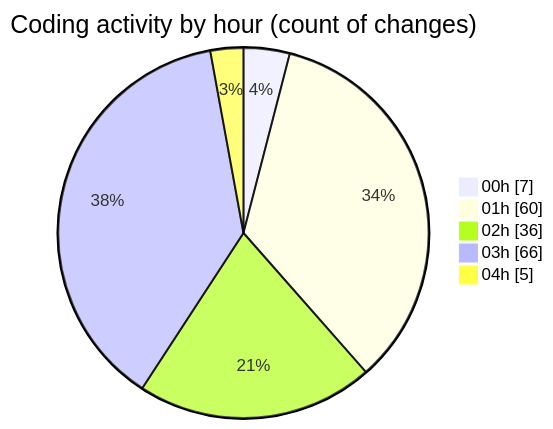
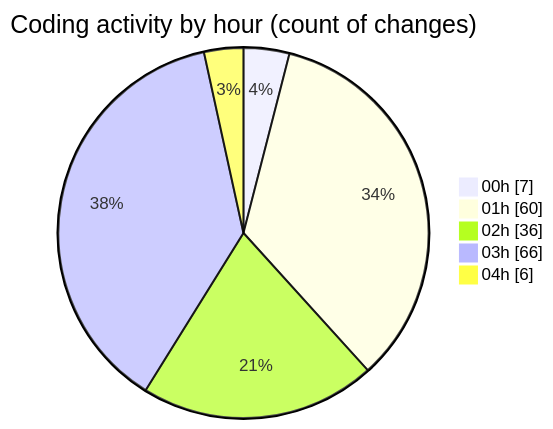
One commit to julien-gomy/code-tracking changed the second of 2 diagrams in 2025-10-07/eventscop-frontend-guide__workspace_/README.md. Above: the diagram before and after it, drawn with Mermaid. The commit also changed other lines of this file and 1 other file, not shown here.

````diff
--- a/2025-10-07/eventscop-frontend-guide__workspace_/README.md
+++ b/2025-10-07/eventscop-frontend-guide__workspace_/README.md
@@ -93,9 +93,9 @@
 ```mermaid
 pie showData
 title Coding activity by hour (count of changes)
 "00h" : 7
 "01h" : 60
 "02h" : 36
 "03h" : 66
-"04h" : 5
+"04h" : 6
 ```
````
